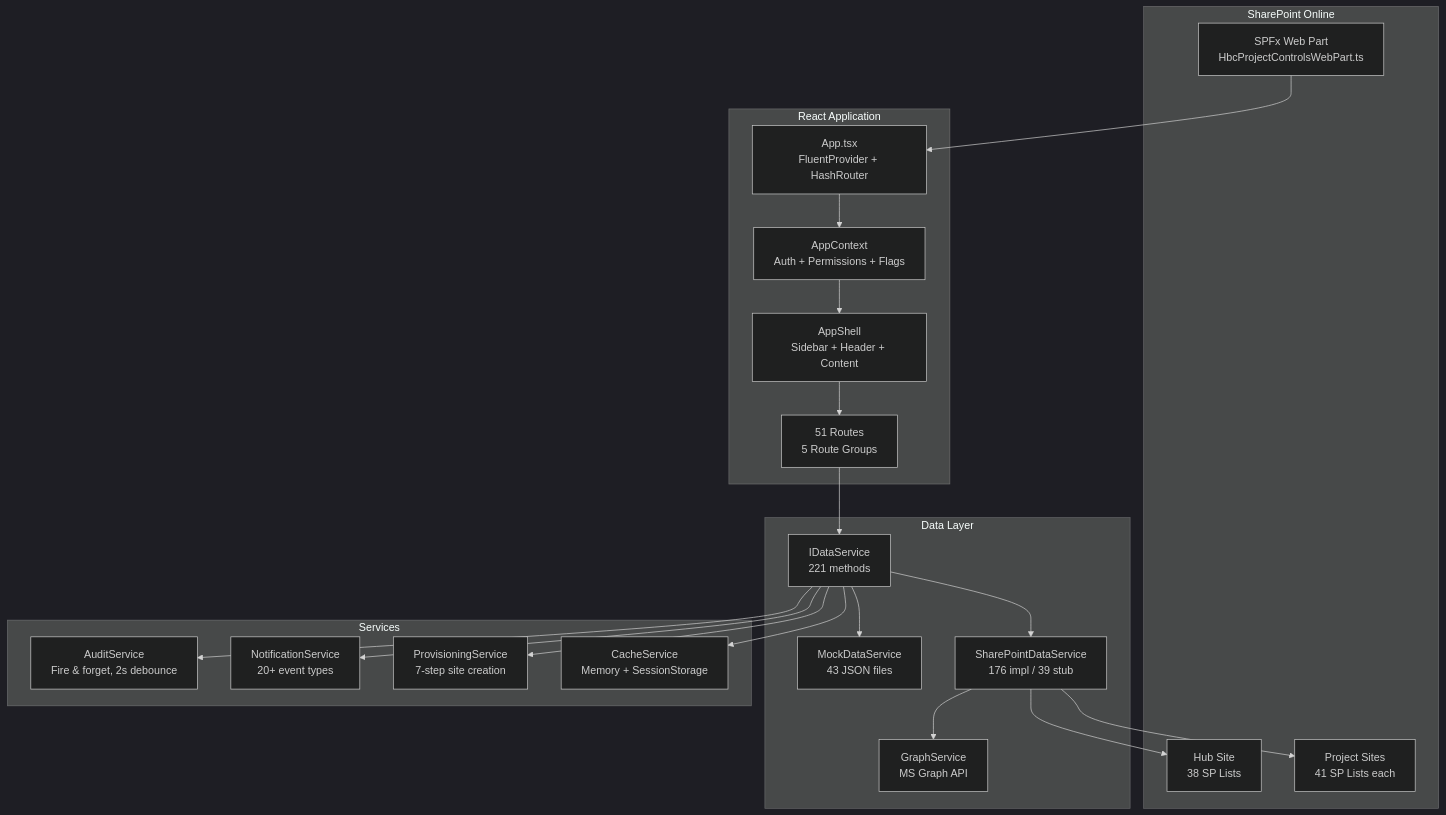
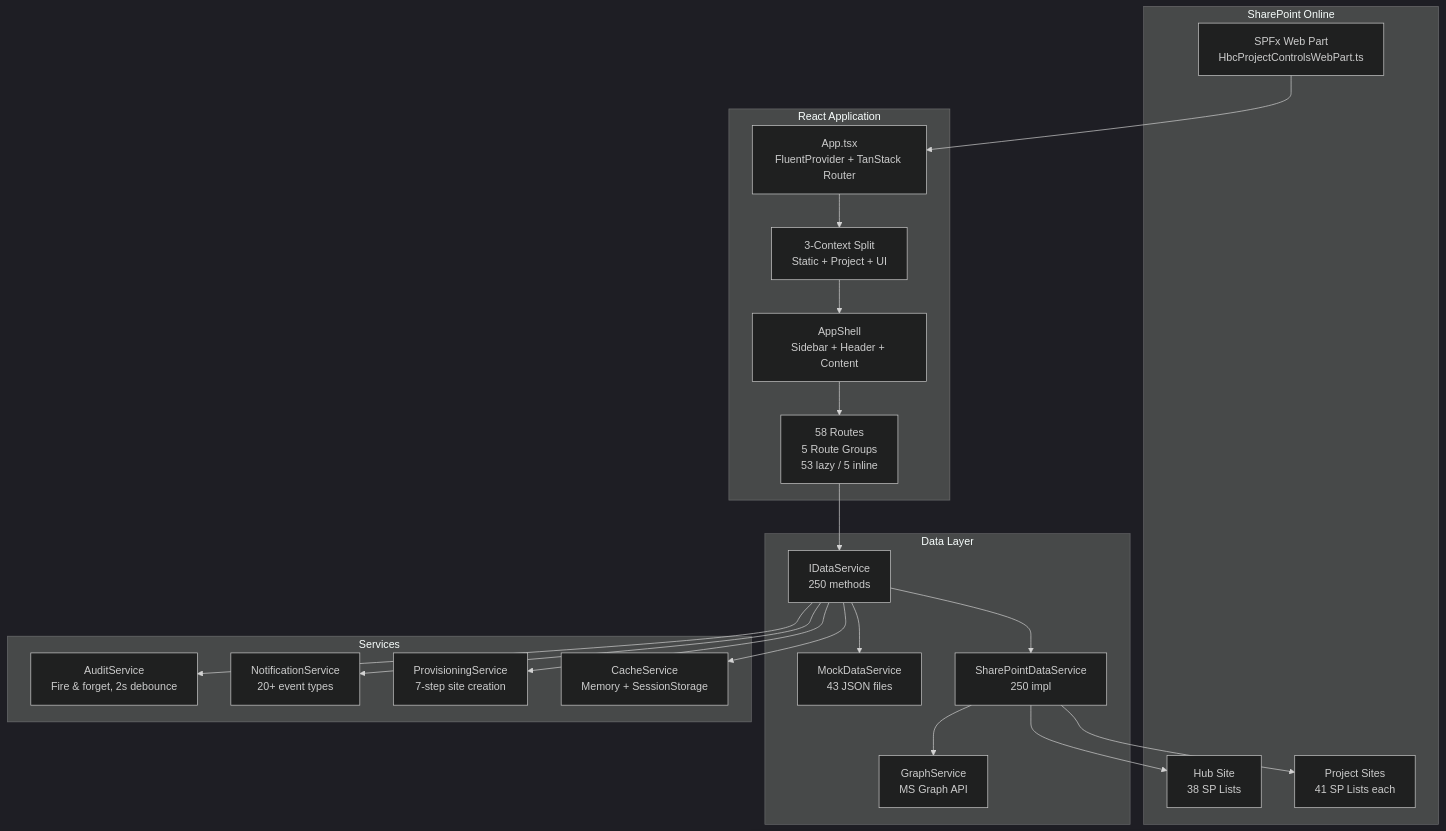
One commit to RMF112018/Project-Controls changed the diagram in README.md. Above: the diagram before and after it, drawn with Mermaid (dark theme). The commit also changed other lines of this file and 85 other files, not shown here.

First line of the commit message:
feat: TanStack Router/Query/Table migration + router stability fix

````diff
--- a/README.md
+++ b/README.md
@@ -46,42 +46,42 @@
 ```mermaid
 graph TB
     subgraph "SharePoint Online"
         WP["SPFx Web Part<br/>HbcProjectControlsWebPart.ts"]
         SP_HUB["Hub Site<br/>38 SP Lists"]
         SP_PROJ["Project Sites<br/>41 SP Lists each"]
     end
 
     subgraph "React Application"
-        APP["App.tsx<br/>FluentProvider + HashRouter"]
-        CTX["AppContext<br/>Auth + Permissions + Flags"]
+        APP["App.tsx<br/>FluentProvider + TanStack Router"]
+        CTX["3-Context Split<br/>Static + Project + UI"]
         SHELL["AppShell<br/>Sidebar + Header + Content"]
-        ROUTES["51 Routes<br/>5 Route Groups"]
+        ROUTES["58 Routes<br/>5 Route Groups<br/>53 lazy / 5 inline"]
     end
 
     subgraph "Data Layer"
-        IDS["IDataService<br/>221 methods"]
+        IDS["IDataService<br/>250 methods"]
         MOCK["MockDataService<br/>43 JSON files"]
-        SPDS["SharePointDataService<br/>176 impl / 39 stub"]
+        SPDS["SharePointDataService<br/>250 impl"]
         GRAPH["GraphService<br/>MS Graph API"]
     end
 
     subgraph "Services"
         AUDIT["AuditService<br/>Fire & forget, 2s debounce"]
         NOTIFY["NotificationService<br/>20+ event types"]
         PROV["ProvisioningService<br/>7-step site creation"]
         CACHE["CacheService<br/>Memory + SessionStorage"]
     end
 
     WP --> APP
     APP --> CTX --> SHELL --> ROUTES
     ROUTES --> IDS
     IDS --> MOCK
     IDS --> SPDS
     SPDS --> SP_HUB
     SPDS --> SP_PROJ
     SPDS --> GRAPH
     IDS --> AUDIT
     IDS --> NOTIFY
     IDS --> PROV
     IDS --> CACHE
 ```
````
